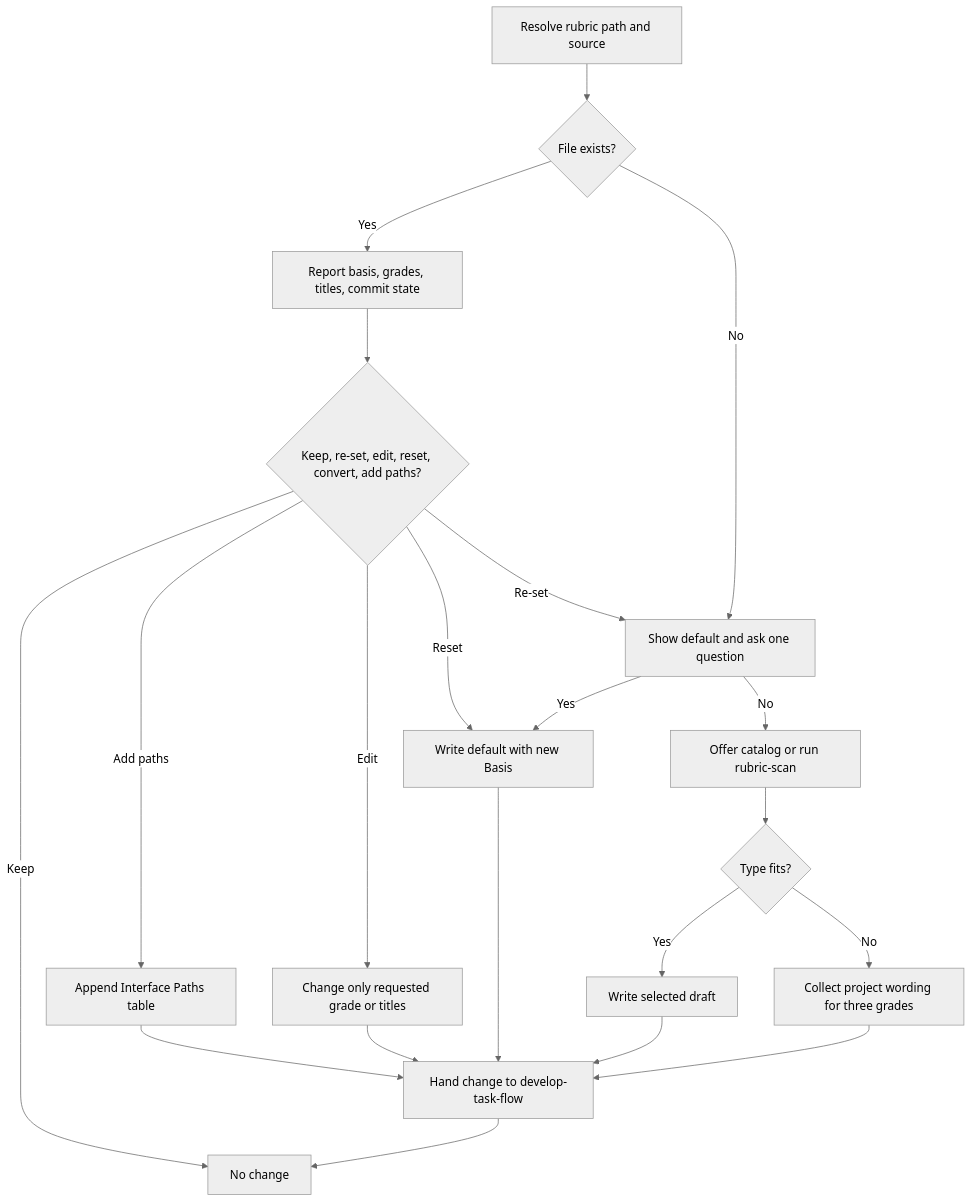
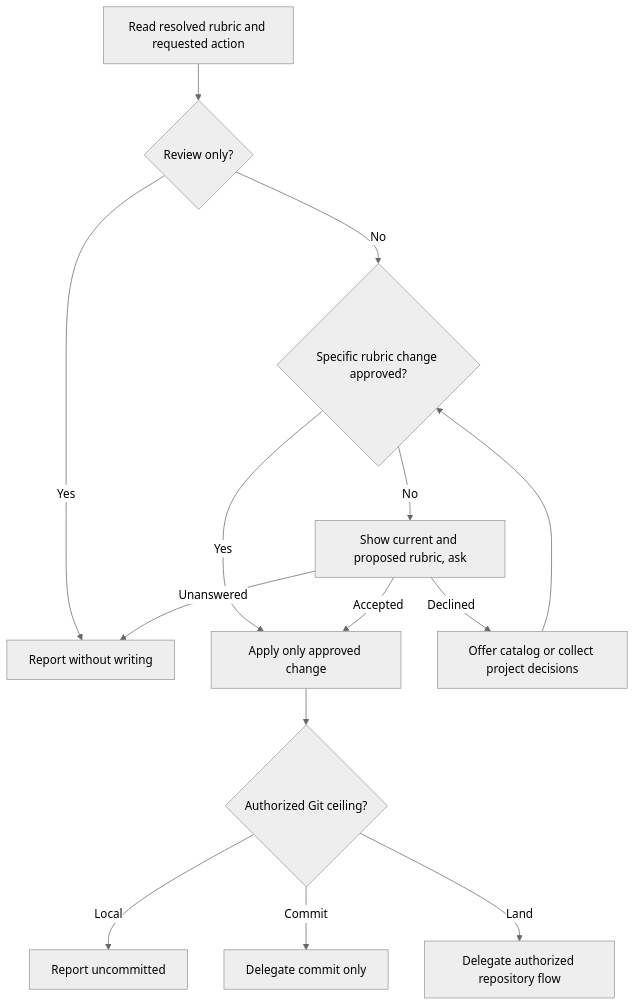
Before and after one commit to 0x0w1/jig: the diagram in docs/en/skills/version-rubric.md, drawn with Mermaid (neutral theme). The commit also changed other lines of this file and 71 other files, not shown here.

````diff
--- a/docs/en/skills/version-rubric.md
+++ b/docs/en/skills/version-rubric.md
@@ -29,23 +29,16 @@
 ```mermaid
 flowchart TD
-    Resolve[Resolve rubric path and source] --> Exists{File exists?}
-    Exists -- Yes --> Review[Report basis, grades, titles, commit state]
-    Review --> Intent{Keep, re-set, edit, reset, convert, add paths?}
-    Intent -- Keep --> Report[No change]
-    Intent -- Edit --> Edit[Change only requested grade or titles]
-    Intent -- Add paths --> Paths[Append Interface Paths table]
-    Intent -- Re-set --> Offer[Show default and ask one question]
-    Intent -- Reset --> Default[Write default with new Basis]
-    Exists -- No --> Offer
-    Offer -- Yes --> Default
-    Offer -- No --> Catalog[Offer catalog or run rubric-scan]
-    Catalog --> Fit{Type fits?}
-    Fit -- Yes --> Adopt[Write selected draft]
-    Fit -- No --> Custom[Collect project wording for three grades]
-    Paths --> Commit[Hand change to develop-task-flow]
-    Edit --> Commit
-    Default --> Commit
-    Adopt --> Commit
-    Custom --> Commit
-    Commit --> Report
+    Resolve[Read resolved rubric and requested action] --> Review{Review only?}
+    Review -- Yes --> Report[Report without writing]
+    Review -- No --> Choice{Specific rubric change approved?}
+    Choice -- Yes --> Write[Apply only approved change]
+    Choice -- No --> Propose[Show current and proposed rubric, ask]
+    Propose -- Accepted --> Write
+    Propose -- Unanswered --> Report
+    Propose -- Declined --> Catalog[Offer catalog or collect project decisions]
+    Catalog --> Choice
+    Write --> Scope{Authorized Git ceiling?}
+    Scope -- Local --> Uncommitted[Report uncommitted]
+    Scope -- Commit --> Commit[Delegate commit only]
+    Scope -- Land --> Flow[Delegate authorized repository flow]
 ```
````
